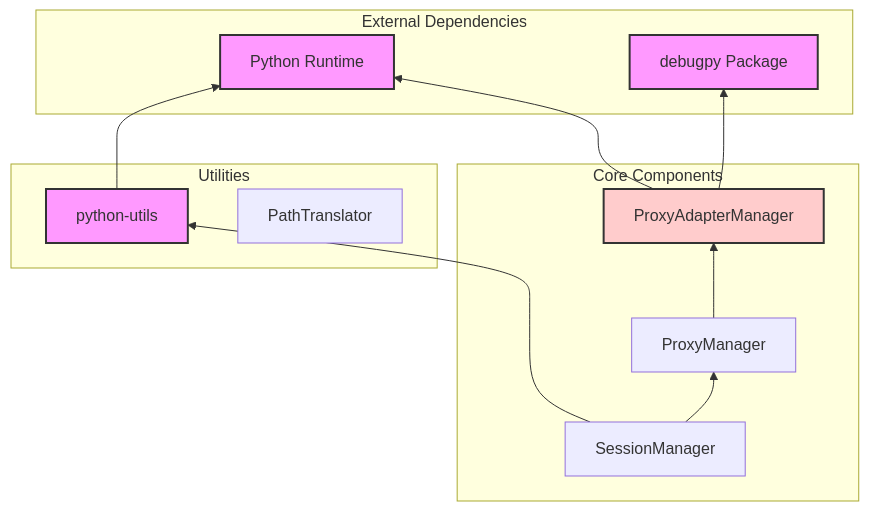
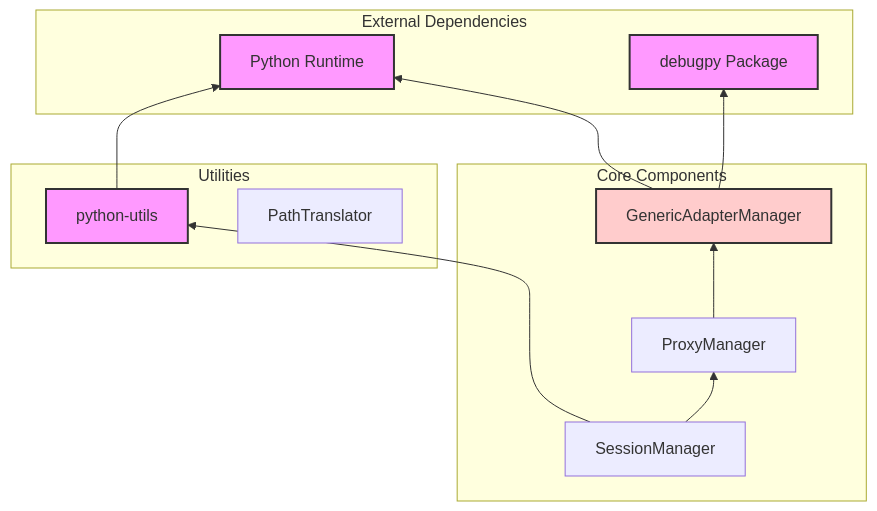
One commit to debugmcp/mcp-debugger changed the sixth of 7 diagrams in docs/architecture/current-component-diagram.md. Above: the diagram before and after it, drawn with Mermaid. The commit also changed other lines of this file and 129 other files, not shown here.

````diff
--- a/docs/architecture/current-component-diagram.md
+++ b/docs/architecture/current-component-diagram.md
@@ -175,30 +187,30 @@
 ```mermaid
 graph BT
     subgraph "External Dependencies"
         PY[Python Runtime]
         DP[debugpy Package]
     end
     
     subgraph "Core Components"
         SM[SessionManager]
         PM[ProxyManager]
-        PA[ProxyAdapterManager]
+        PA[GenericAdapterManager]
     end
     
     subgraph "Utilities"
         PU[python-utils]
         PT[PathTranslator]
     end
     
     SM --> PU
     SM --> PM
     PM --> PA
     PA --> PY
     PA --> DP
     PU --> PY
     
     style PY fill:#f9f,stroke:#333,stroke-width:2px
     style DP fill:#f9f,stroke:#333,stroke-width:2px
     style PU fill:#f9f,stroke:#333,stroke-width:2px
     style PA fill:#fcc,stroke:#333,stroke-width:2px
 ```
````
